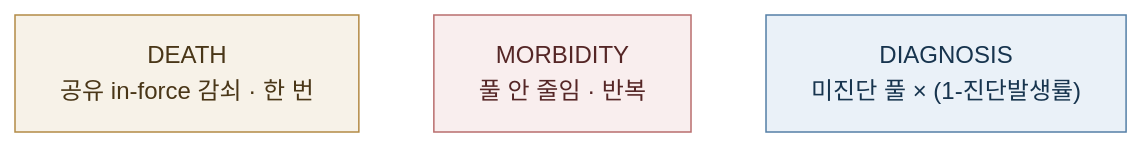
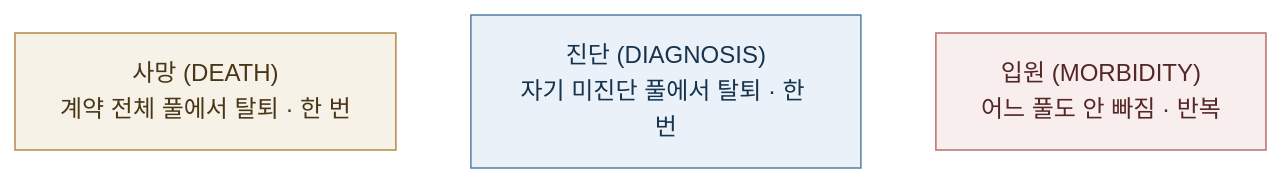
The diagram in docs/cookbook/basics/coverage-mechanics.md (seokhoonj/fastcashflow), drawn with Mermaid before and after one commit. The commit also changed other lines of this file, not shown here.

````diff
--- a/docs/cookbook/basics/coverage-mechanics.md
+++ b/docs/cookbook/basics/coverage-mechanics.md
@@ -56,12 +57,12 @@
 ```{mermaid}
 flowchart TB
-    DEATH["DEATH<br/>공유 in-force 감쇠 · 한 번"]
-    MORB["MORBIDITY<br/>풀 안 줄임 · 반복"]
-    DIAG["DIAGNOSIS<br/>미진단 풀 × (1-진단발생률)"]
+    DEATH["사망 (DEATH)<br/>계약 전체 풀에서 탈퇴 · 한 번"]
+    DIAG["진단 (DIAGNOSIS)<br/>자기 미진단 풀에서 탈퇴 · 한 번"]
+    MORB["입원 (MORBIDITY)<br/>어느 풀도 안 빠짐 · 반복"]
     classDef stock fill:#eaf1f8,stroke:#547fa6,color:#17344e
     classDef outflow fill:#f9eeee,stroke:#b96d6d,color:#552626
     classDef step fill:#f7f2e8,stroke:#b38a45,color:#493617
     class DEATH step
+    class DIAG stock
     class MORB outflow
-    class DIAG stock
 ```
````
